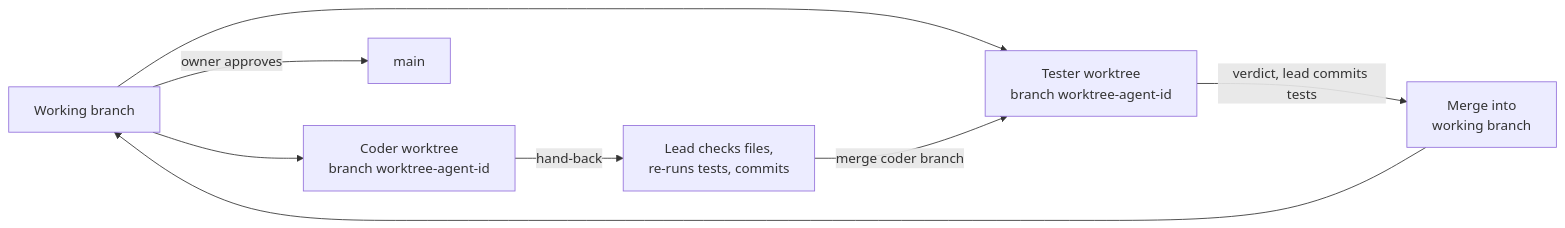
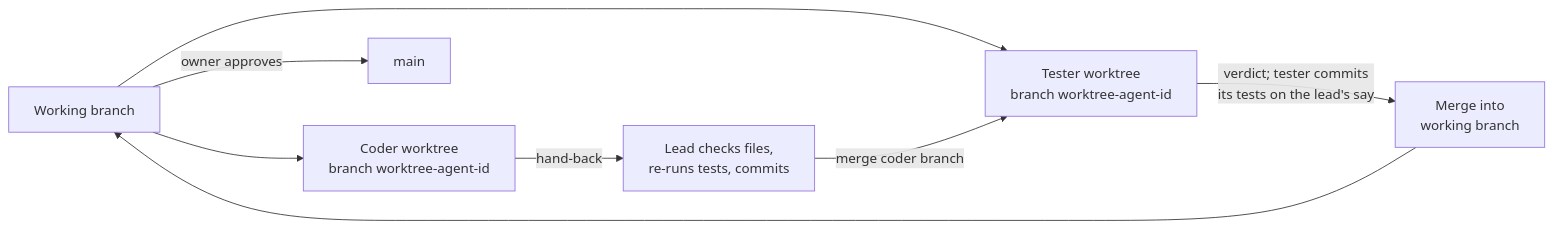
One commit to tydev-new/10xjobs-careercoach changed the third of 3 diagrams in docs/TEAM.md. Above: the diagram before and after it, drawn with Mermaid. The commit also changed other lines of this file, not shown here.

First line of the commit message:
docs(TEAM): fix round 1 — loop matches PROCESS, who commits, run.py's reach

````diff
--- a/docs/TEAM.md
+++ b/docs/TEAM.md
@@ -75,10 +84,10 @@
 ```mermaid
 flowchart LR
   W["Working branch"] --> C["Coder worktree<br/>branch worktree-agent-id"]
   W --> T["Tester worktree<br/>branch worktree-agent-id"]
   C -->|hand-back| L["Lead checks files,<br/>re-runs tests, commits"]
   L -->|merge coder branch| T
-  T -->|verdict, lead commits tests| M["Merge into<br/>working branch"]
+  T -->|"verdict; tester commits<br/>its tests on the lead's say"| M["Merge into<br/>working branch"]
   M --> W
   W -->|owner approves| Main["main"]
 ```
````
